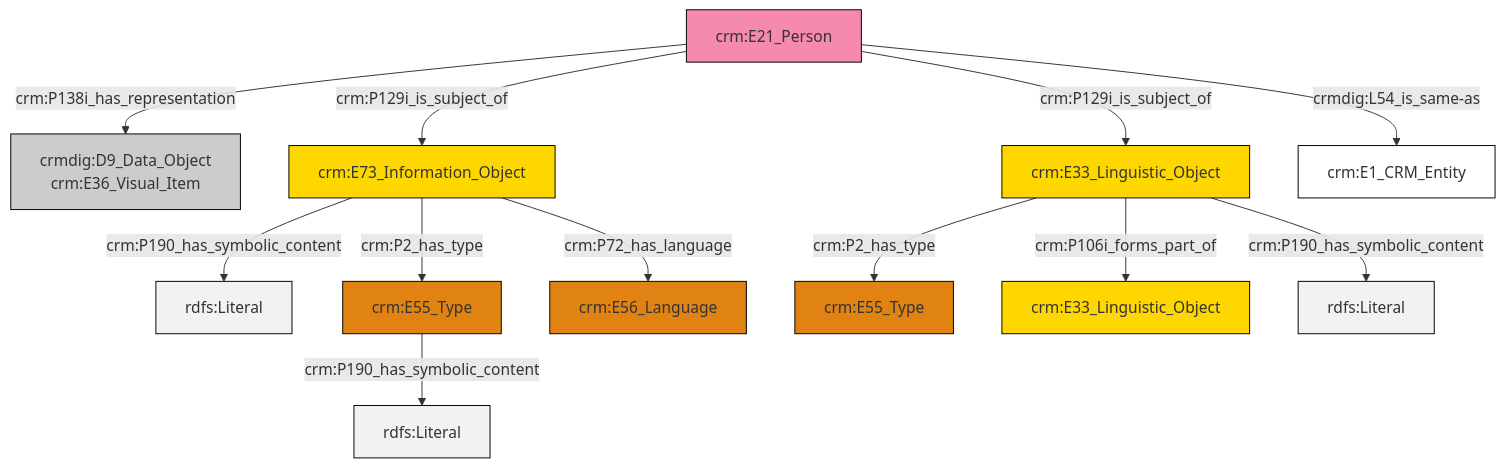
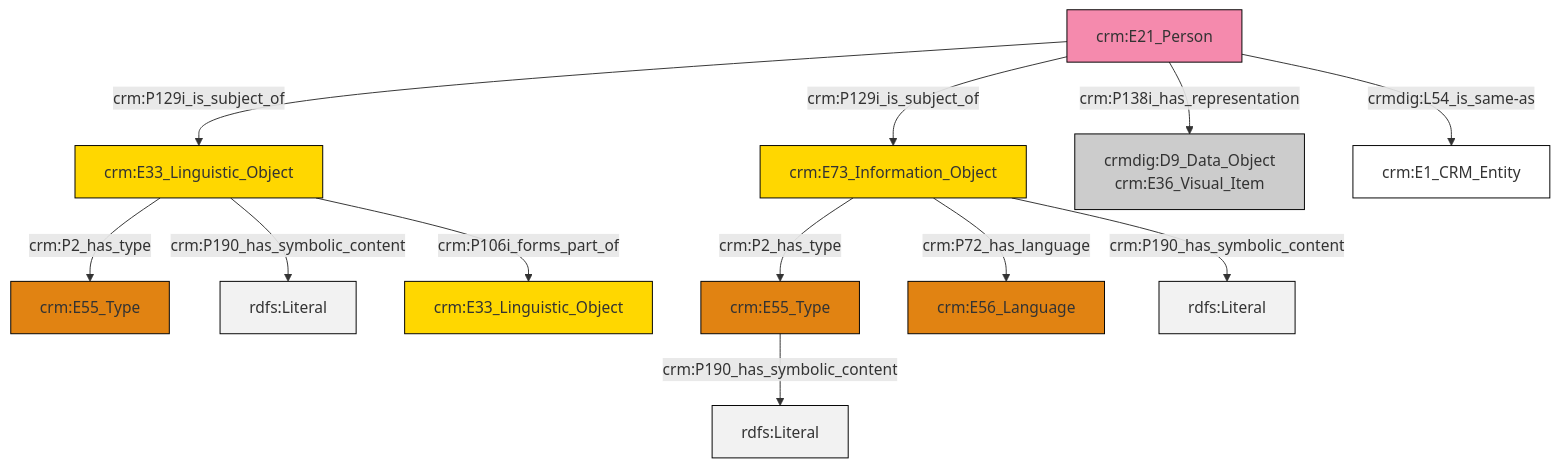
The diagram in et/personCSV/ttl/mmd/Person_Documentation.ttl.mmd (swiss-art-research-net/reference-data-models), drawn with Mermaid before and after one commit. The commit also changed 131 other files, not shown here.

```diff
--- a/et/personCSV/ttl/mmd/Person_Documentation.ttl.mmd
+++ b/et/personCSV/ttl/mmd/Person_Documentation.ttl.mmd
@@ -1,26 +1,26 @@
 graph TD
 classDef Literal fill:#f2f2f2,stroke:#000000;
 classDef CRM_Entity fill:#FFFFFF,stroke:#000000;
 classDef Temporal_Entity fill:#00C9E6, stroke:#000000;
 classDef Type fill:#E18312, stroke:#000000;
 classDef Time-Span fill:#2C9C91, stroke:#000000;
 classDef Appellation fill:#FFEB7F, stroke:#000000;
 classDef Place fill:#008836, stroke:#000000;
 classDef Persistent_Item fill:#B266B2, stroke:#000000;
 classDef Conceptual_Object fill:#FFD700, stroke:#000000;
 classDef Physical_Thing fill:#D2B48C, stroke:#000000;
 classDef Actor fill:#f58aad, stroke:#000000;
 classDef PC_Classes fill:#4ce600, stroke:#000000;
 classDef Multi fill:#cccccc,stroke:#000000;
 
-2["crm:E55_Type"]:::Type -->|crm:P190_has_symbolic_content| 3[rdfs:Literal]:::Literal
-8["crm:E21_Person"]:::Actor -->|crm:P138i_has_representation| 0["crmdig:D9_Data_Object<br>crm:E36_Visual_Item"]:::Multi
-9["crm:E73_Information_Object"]:::Conceptual_Object -->|crm:P190_has_symbolic_content| 10[rdfs:Literal]:::Literal
-8["crm:E21_Person"]:::Actor -->|crm:P129i_is_subject_of| 9["crm:E73_Information_Object"]:::Conceptual_Object
-11["crm:E33_Linguistic_Object"]:::Conceptual_Object -->|crm:P2_has_type| 12["crm:E55_Type"]:::Type
-8["crm:E21_Person"]:::Actor -->|crm:P129i_is_subject_of| 11["crm:E33_Linguistic_Object"]:::Conceptual_Object
-9["crm:E73_Information_Object"]:::Conceptual_Object -->|crm:P2_has_type| 2["crm:E55_Type"]:::Type
-11["crm:E33_Linguistic_Object"]:::Conceptual_Object -->|crm:P106i_forms_part_of| 4["crm:E33_Linguistic_Object"]:::Conceptual_Object
-8["crm:E21_Person"]:::Actor -->|crmdig:L54_is_same-as| 17["crm:E1_CRM_Entity"]:::CRM_Entity
-11["crm:E33_Linguistic_Object"]:::Conceptual_Object -->|crm:P190_has_symbolic_content| 18[rdfs:Literal]:::Literal
-9["crm:E73_Information_Object"]:::Conceptual_Object -->|crm:P72_has_language| 6["crm:E56_Language"]:::Type
+2["crm:E33_Linguistic_Object"]:::Conceptual_Object -->|crm:P2_has_type| 3["crm:E55_Type"]:::Type
+0["crm:E21_Person"]:::Actor -->|crm:P129i_is_subject_of| 2["crm:E33_Linguistic_Object"]:::Conceptual_Object
+0["crm:E21_Person"]:::Actor -->|crm:P129i_is_subject_of| 8["crm:E73_Information_Object"]:::Conceptual_Object
+0["crm:E21_Person"]:::Actor -->|crm:P138i_has_representation| 9["crmdig:D9_Data_Object<br>crm:E36_Visual_Item"]:::Multi
+8["crm:E73_Information_Object"]:::Conceptual_Object -->|crm:P2_has_type| 10["crm:E55_Type"]:::Type
+10["crm:E55_Type"]:::Type -->|crm:P190_has_symbolic_content| 11[rdfs:Literal]:::Literal
+2["crm:E33_Linguistic_Object"]:::Conceptual_Object -->|crm:P190_has_symbolic_content| 12[rdfs:Literal]:::Literal
+0["crm:E21_Person"]:::Actor -->|crmdig:L54_is_same-as| 4["crm:E1_CRM_Entity"]:::CRM_Entity
+8["crm:E73_Information_Object"]:::Conceptual_Object -->|crm:P72_has_language| 6["crm:E56_Language"]:::Type
+2["crm:E33_Linguistic_Object"]:::Conceptual_Object -->|crm:P106i_forms_part_of| 18["crm:E33_Linguistic_Object"]:::Conceptual_Object
+8["crm:E73_Information_Object"]:::Conceptual_Object -->|crm:P190_has_symbolic_content| 22[rdfs:Literal]:::Literal
```
